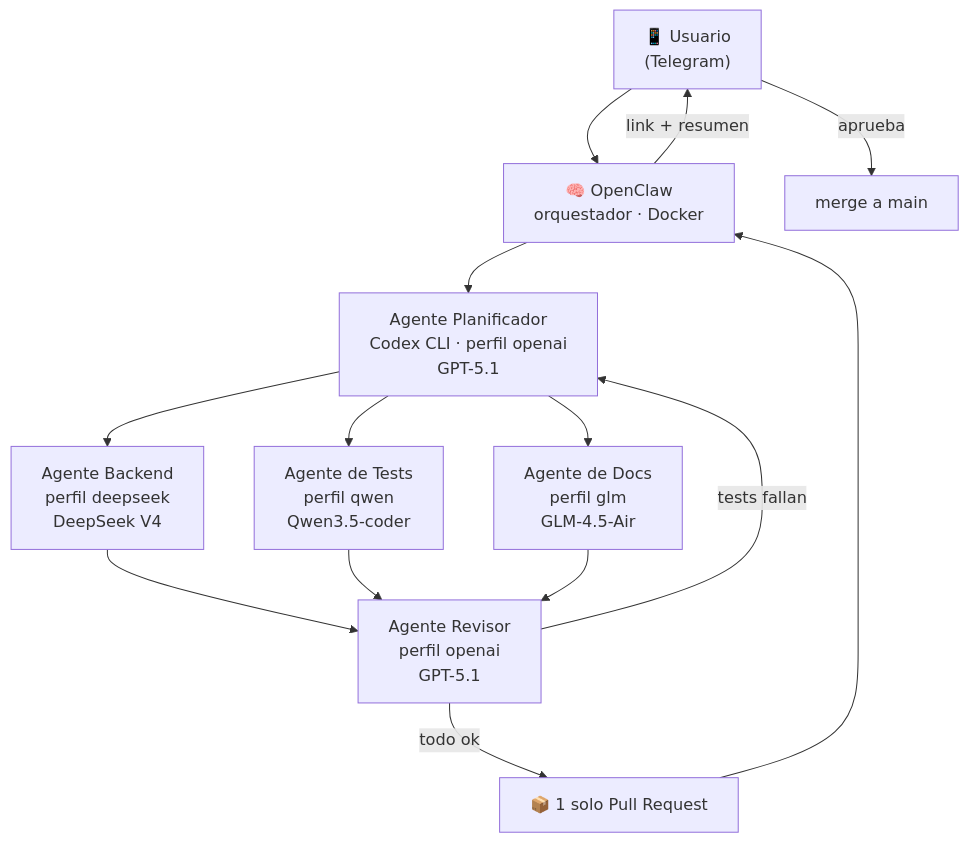
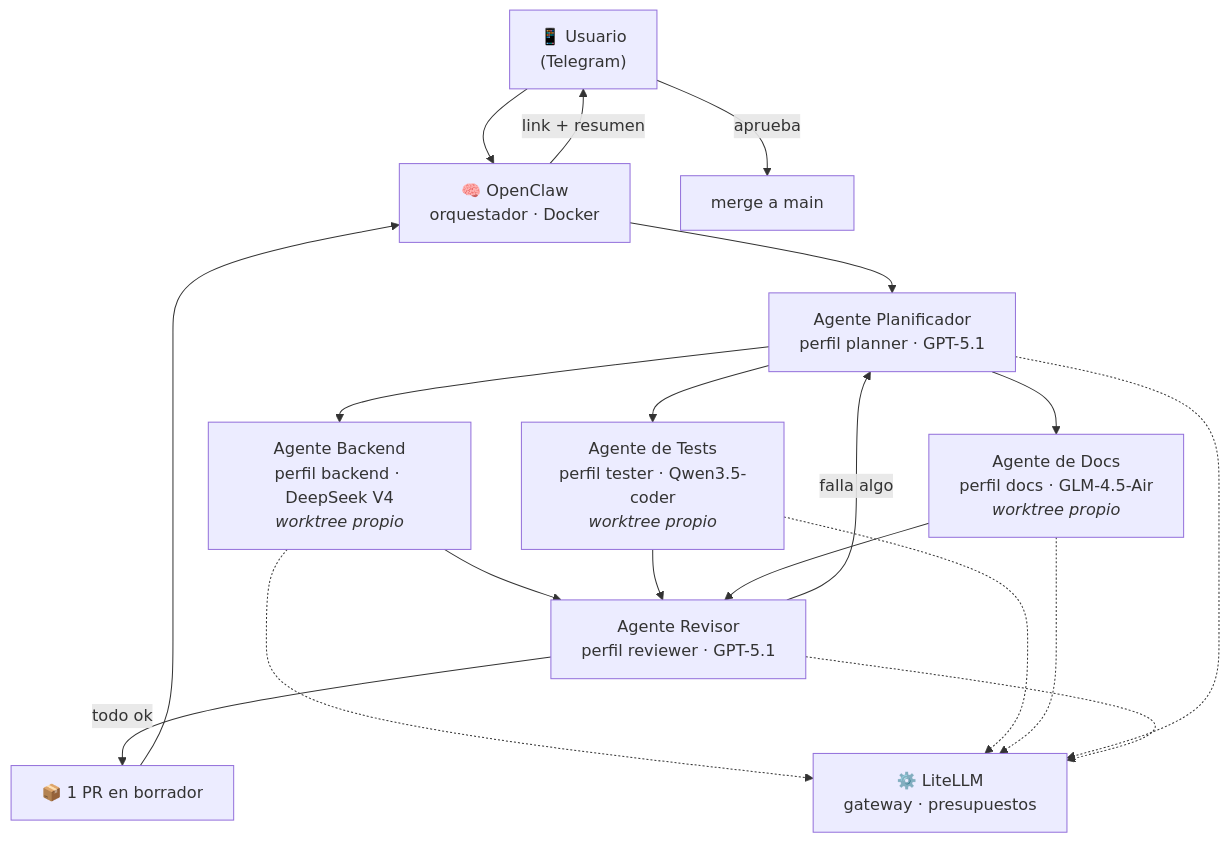
One commit to marksato13/self-hosted-ai-devops changed the diagram in README.md. Above: the diagram before and after it, drawn with Mermaid. The commit also changed other lines of this file and 19 other files, not shown here.

First line of the commit message:
Investigacion del ecosistema: LiteLLM, worktrees, AGENTS.md, gitleaks

````diff
--- a/README.md
+++ b/README.md
@@ -27,16 +27,22 @@
 ```mermaid
 flowchart TD
     U["📱 Usuario<br/>(Telegram)"] --> OC["🧠 OpenClaw<br/>orquestador · Docker"]
-    OC --> P["Agente Planificador<br/>Codex CLI · perfil openai<br/>GPT-5.1"]
-    P --> B["Agente Backend<br/>perfil deepseek<br/>DeepSeek V4"]
-    P --> T["Agente de Tests<br/>perfil qwen<br/>Qwen3.5-coder"]
-    P --> D["Agente de Docs<br/>perfil glm<br/>GLM-4.5-Air"]
-    B --> R["Agente Revisor<br/>perfil openai<br/>GPT-5.1"]
+    OC --> P["Agente Planificador<br/>perfil planner · GPT-5.1"]
+    P --> B["Agente Backend<br/>perfil backend · DeepSeek V4<br/><i>worktree propio</i>"]
+    P --> T["Agente de Tests<br/>perfil tester · Qwen3.5-coder<br/><i>worktree propio</i>"]
+    P --> D["Agente de Docs<br/>perfil docs · GLM-4.5-Air<br/><i>worktree propio</i>"]
+    B --> R["Agente Revisor<br/>perfil reviewer · GPT-5.1"]
     T --> R
     D --> R
-    R -->|tests fallan| P
-    R -->|todo ok| PR["📦 1 solo Pull Request"]
+    R -->|falla algo| P
+    R -->|todo ok| PR["📦 1 PR en borrador"]
     PR --> OC
     OC -->|link + resumen| U
     U -->|aprueba| M["merge a main"]
+
+    B -.-> LL["⚙️ LiteLLM<br/>gateway · presupuestos"]
+    T -.-> LL
+    D -.-> LL
+    P -.-> LL
+    R -.-> LL
 ```
````
